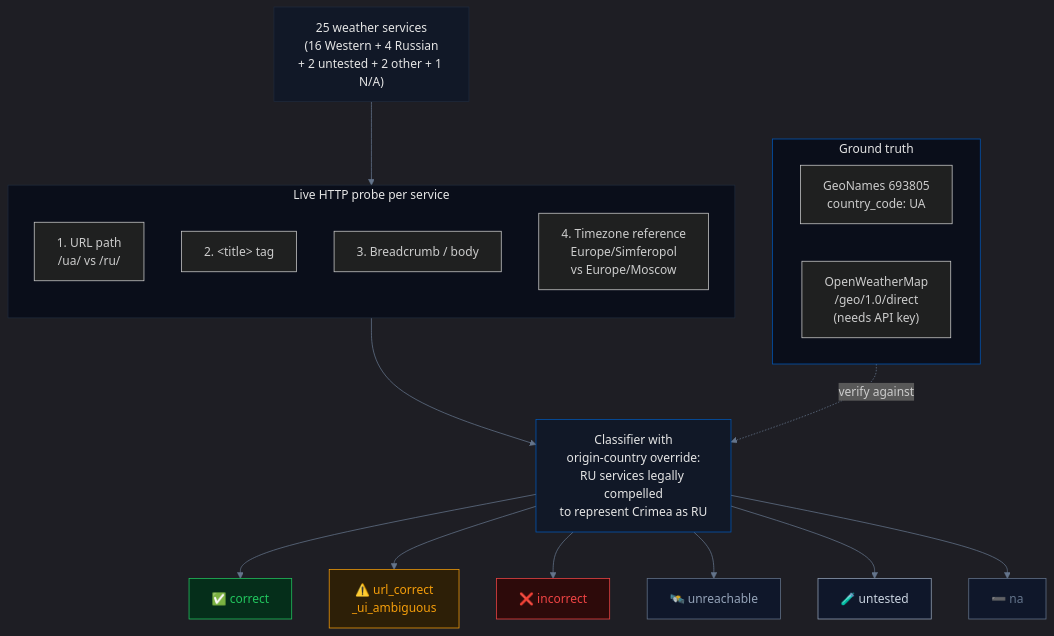
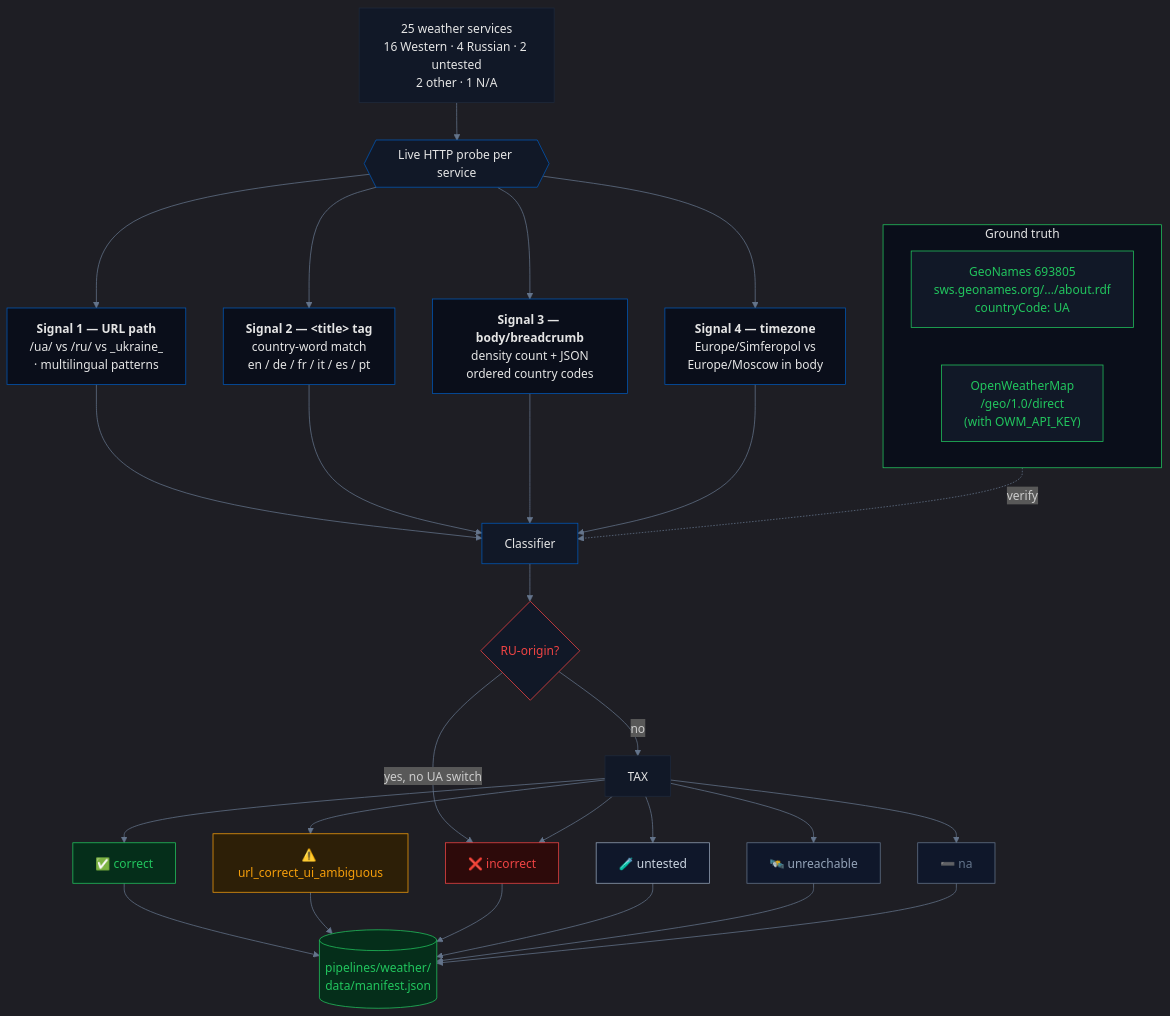
Before and after one commit to IvanDobrovolsky/crimeaisukraine: the second of 3 diagrams in pipelines/weather/README.md, drawn with Mermaid. The commit also changed other lines of this file and 6 other files, not shown here.

````diff
--- a/pipelines/weather/README.md
+++ b/pipelines/weather/README.md
@@ -37,41 +90,58 @@
 ```mermaid
 %%{init: {'theme': 'dark', 'themeVariables': {'primaryColor': '#0057b7', 'primaryTextColor': '#e5e5e5', 'lineColor': '#64748b', 'primaryBorderColor': '#1e293b'}}}%%
 flowchart TB
-    A["25 weather services<br/>(16 Western + 4 Russian<br/>+ 2 untested + 2 other + 1 N/A)"] --> P1
+    CATALOG["25 weather services<br/>16 Western · 4 Russian · 2 untested<br/>2 other · 1 N/A"] --> SPLIT{{"Live HTTP probe per service"}}
 
     subgraph GROUND["Ground truth"]
-        direction LR
-        GN["GeoNames 693805<br/>country_code: UA"]
-        OWM["OpenWeatherMap<br/>/geo/1.0/direct<br/>(needs API key)"]
+        GN["GeoNames 693805<br/>sws.geonames.org/.../about.rdf<br/>countryCode: UA"]
+        OWM["OpenWeatherMap<br/>/geo/1.0/direct<br/>(with OWM_API_KEY)"]
     end
 
-    subgraph P1["Live HTTP probe per service"]
-        direction TB
-        S1["1. URL path<br/>/ua/ vs /ru/"]
-        S2["2. &lt;title&gt; tag"]
-        S3["3. Breadcrumb / body"]
-        S4["4. Timezone reference<br/>Europe/Simferopol<br/>vs Europe/Moscow"]
-    end
+    SPLIT --> S1["<b>Signal 1 — URL path</b><br/>/ua/ vs /ru/ vs _ukraine_<br/>· multilingual patterns"]
+    SPLIT --> S2["<b>Signal 2 — &lt;title&gt; tag</b><br/>country-word match<br/>en / de / fr / it / es / pt"]
+    SPLIT --> S3["<b>Signal 3 — body/breadcrumb</b><br/>density count + JSON<br/>ordered country codes"]
+    SPLIT --> S4["<b>Signal 4 — timezone</b><br/>Europe/Simferopol vs<br/>Europe/Moscow in body"]
 
-    P1 --> CLS["Classifier with<br/>origin-country override:<br/>RU services legally compelled<br/>to represent Crimea as RU"]
+    S1 --> CLS["Classifier"]
+    S2 --> CLS
+    S3 --> CLS
+    S4 --> CLS
+    GROUND -.->|verify| CLS
+    CLS --> RU_OVER{"RU-origin?"}
+    RU_OVER -->|yes, no UA switch| INCORRECT
+    RU_OVER -->|no| TAX
 
-    CLS --> R1[✅ correct]
-    CLS --> R2[⚠️ url_correct<br/>_ui_ambiguous]
-    CLS --> R3[❌ incorrect]
-    CLS --> R4[🛰️ unreachable]
-    CLS --> R5[🧪 untested]
-    CLS --> R6[➖ na]
+    TAX --> CORRECT["✅ correct"]
+    TAX --> UIAMB["⚠️ url_correct_ui_ambiguous"]
+    TAX --> INCORRECT["❌ incorrect"]
+    TAX --> UNTESTED["🧪 untested"]
+    TAX --> UNREACH["🛰️ unreachable"]
+    TAX --> NA["➖ na"]
 
-    GROUND -.->|verify against| CLS
+    CORRECT --> MANIFEST[("pipelines/weather/<br/>data/manifest.json")]
+    UIAMB --> MANIFEST
+    INCORRECT --> MANIFEST
+    UNTESTED --> MANIFEST
+    UNREACH --> MANIFEST
+    NA --> MANIFEST
 
-    style A fill:#111827,stroke:#1e293b,color:#e5e5e5
-    style GROUND fill:#0a0e1a,stroke:#0057b7,color:#e5e5e5
-    style P1 fill:#0a0e1a,stroke:#1e293b,color:#e5e5e5
+    style CATALOG fill:#111827,stroke:#1e293b,color:#e5e5e5
+    style SPLIT fill:#111827,stroke:#0057b7,color:#e5e5e5
+    style GROUND fill:#0a0e1a,stroke:#22c55e,color:#e5e5e5
+    style GN fill:#111827,stroke:#22c55e,color:#22c55e
+    style OWM fill:#111827,stroke:#22c55e,color:#22c55e
+    style S1 fill:#0a0e1a,stroke:#0057b7,color:#e5e5e5
+    style S2 fill:#0a0e1a,stroke:#0057b7,color:#e5e5e5
+    style S3 fill:#0a0e1a,stroke:#0057b7,color:#e5e5e5
+    style S4 fill:#0a0e1a,stroke:#0057b7,color:#e5e5e5
     style CLS fill:#111827,stroke:#0057b7,color:#e5e5e5
-    style R1 fill:#052e1a,stroke:#22c55e,color:#22c55e
-    style R2 fill:#2d1f07,stroke:#f59e0b,color:#f59e0b
-    style R3 fill:#2d0a0a,stroke:#ef4444,color:#ef4444
-    style R4 fill:#0f172a,stroke:#64748b,color:#94a3b8
-    style R5 fill:#0f172a,stroke:#94a3b8,color:#cbd5e1
-    style R6 fill:#0f172a,stroke:#64748b,color:#64748b
+    style RU_OVER fill:#111827,stroke:#ef4444,color:#ef4444
+    style TAX fill:#111827,stroke:#1e293b,color:#e5e5e5
+    style CORRECT fill:#052e1a,stroke:#22c55e,color:#22c55e
+    style UIAMB fill:#2d1f07,stroke:#f59e0b,color:#f59e0b
+    style INCORRECT fill:#2d0a0a,stroke:#ef4444,color:#ef4444
+    style UNTESTED fill:#0f172a,stroke:#94a3b8,color:#cbd5e1
+    style UNREACH fill:#0f172a,stroke:#64748b,color:#94a3b8
+    style NA fill:#0f172a,stroke:#64748b,color:#64748b
+    style MANIFEST fill:#052e1a,stroke:#22c55e,color:#22c55e
 ```
````
